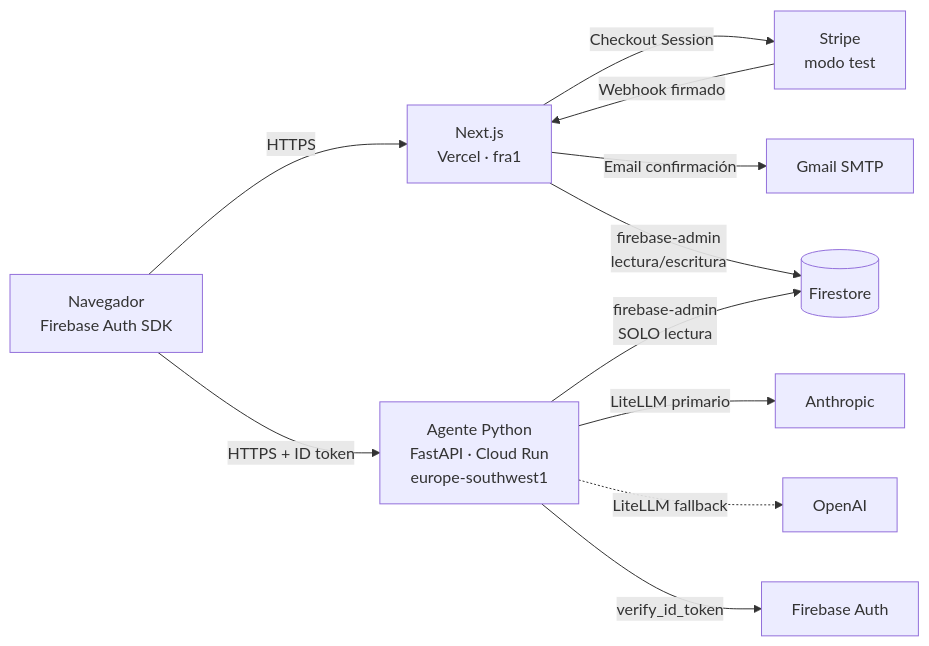
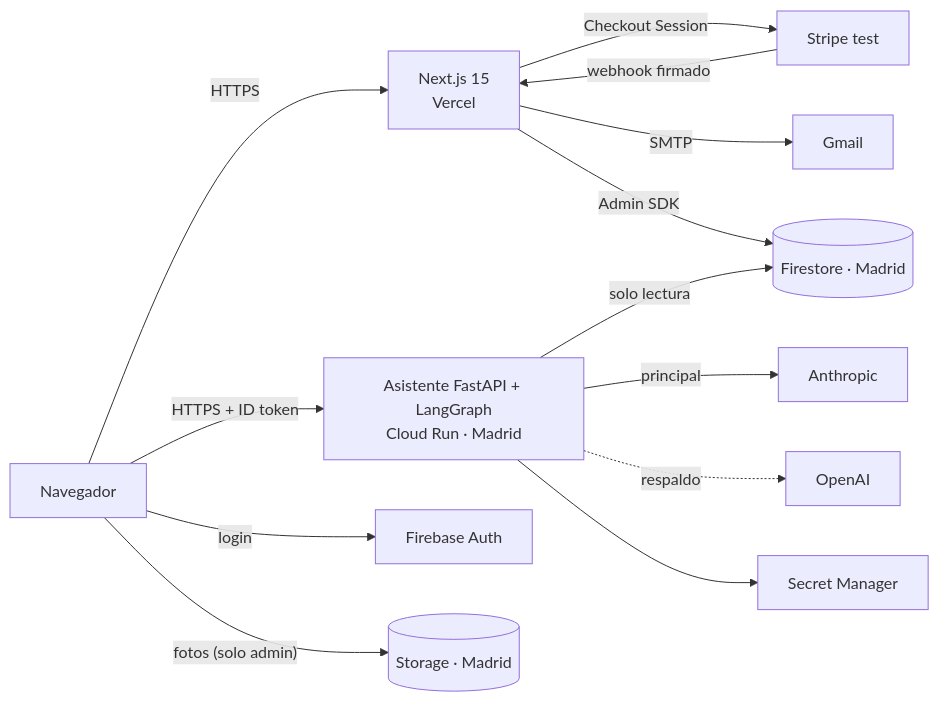
One commit to mendokar/clearpoint-ai changed the first of 3 diagrams in ARQUITECTURA.md. Above: the diagram before and after it, drawn with Mermaid. The commit also changed other lines of this file and 3 other files, not shown here.

Commit message:
docs: arquitectura versión 2 con historial, versión 1 conservada y presentación con diagramas

````diff
--- a/ARQUITECTURA.md
+++ b/ARQUITECTURA.md
@@ -22,15 +49,15 @@
 ```mermaid
 flowchart LR
-    U[Navegador<br/>Firebase Auth SDK] -->|HTTPS| W[Next.js<br/>Vercel · fra1]
-    U -->|HTTPS + ID token| A[Agente Python<br/>FastAPI · Cloud Run<br/>europe-southwest1]
-
-    W -->|Checkout Session| S[Stripe<br/>modo test]
-    S -->|Webhook firmado| W
-    W -->|Email confirmación| R[Gmail SMTP]
-    W -->|firebase-admin<br/>lectura/escritura| F[(Firestore)]
-
-    A -->|firebase-admin<br/>SOLO lectura| F
-    A -->|LiteLLM primario| AN[Anthropic]
-    A -.->|LiteLLM fallback| OA[OpenAI]
-    A -->|verify_id_token| FA[Firebase Auth]
+    U["Navegador"] -->|HTTPS| W["Next.js 15<br/>Vercel"]
+    U -->|"HTTPS + ID token"| A["Asistente FastAPI + LangGraph<br/>Cloud Run · Madrid"]
+    U -->|login| AU["Firebase Auth"]
+    U -->|"fotos (solo admin)"| ST[("Storage · Madrid")]
+    W -->|Checkout Session| S["Stripe test"]
+    S -->|webhook firmado| W
+    W -->|SMTP| G["Gmail"]
+    W -->|"Admin SDK"| FS[("Firestore · Madrid")]
+    A -->|"solo lectura"| FS
+    A -->|principal| AN["Anthropic"]
+    A -.->|respaldo| OA["OpenAI"]
+    A --> SM["Secret Manager"]
 ```
````
